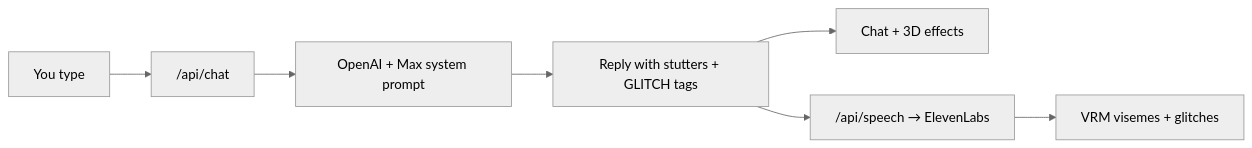
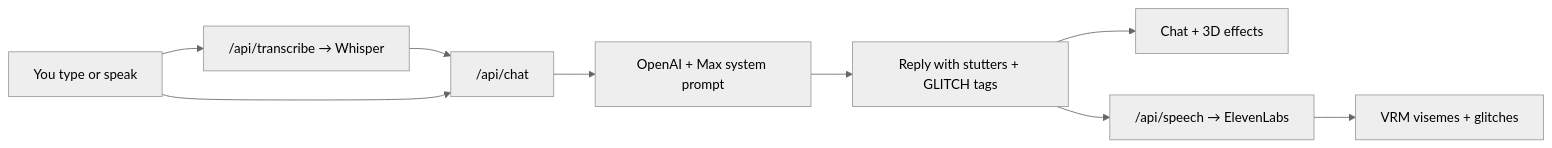
One commit to AtariDHD/max-headroom changed the diagram in README.md. Above: the diagram before and after it, drawn with Mermaid (neutral theme). The commit also changed other lines of this file and 5 other files, not shown here.

First line of the commit message:
Add Whisper voice input via mic button in chat.

````diff
--- a/README.md
+++ b/README.md
@@ -101,9 +112,11 @@
 ```mermaid
 flowchart LR
-  User[You type] --> API["/api/chat"]
+  User[You type or speak] --> STT["/api/transcribe → Whisper"]
+  STT --> API["/api/chat"]
+  User --> API
   API --> LLM[OpenAI + Max system prompt]
   LLM --> Text[Reply with stutters + GLITCH tags]
   Text --> UI[Chat + 3D effects]
   Text --> TTS["/api/speech → ElevenLabs"]
   TTS --> LipSync[VRM visemes + glitches]
 ```
````
